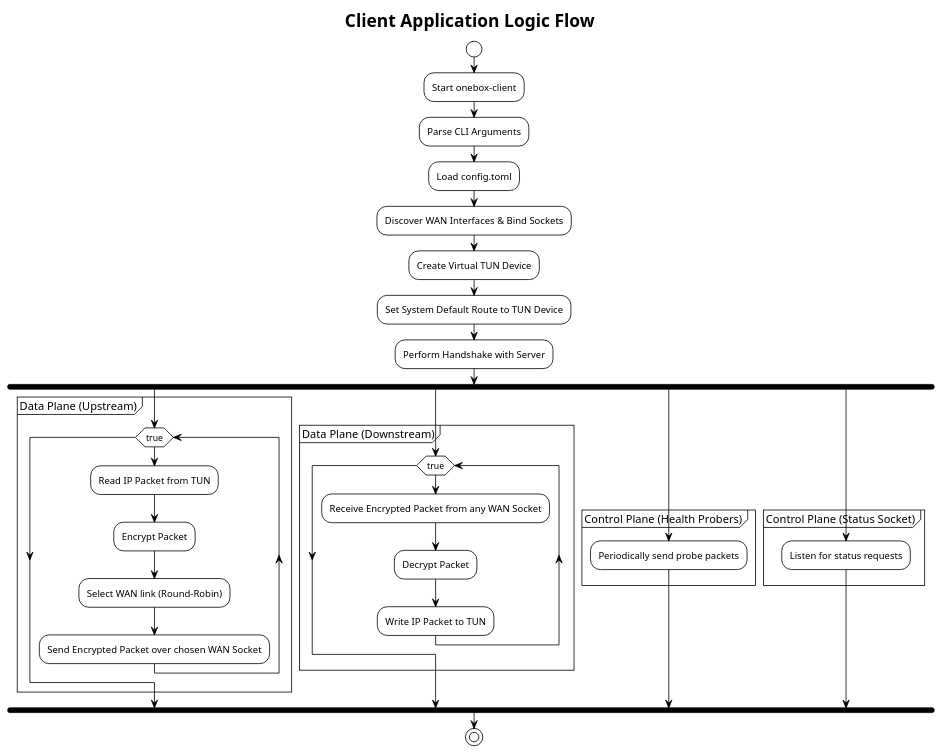
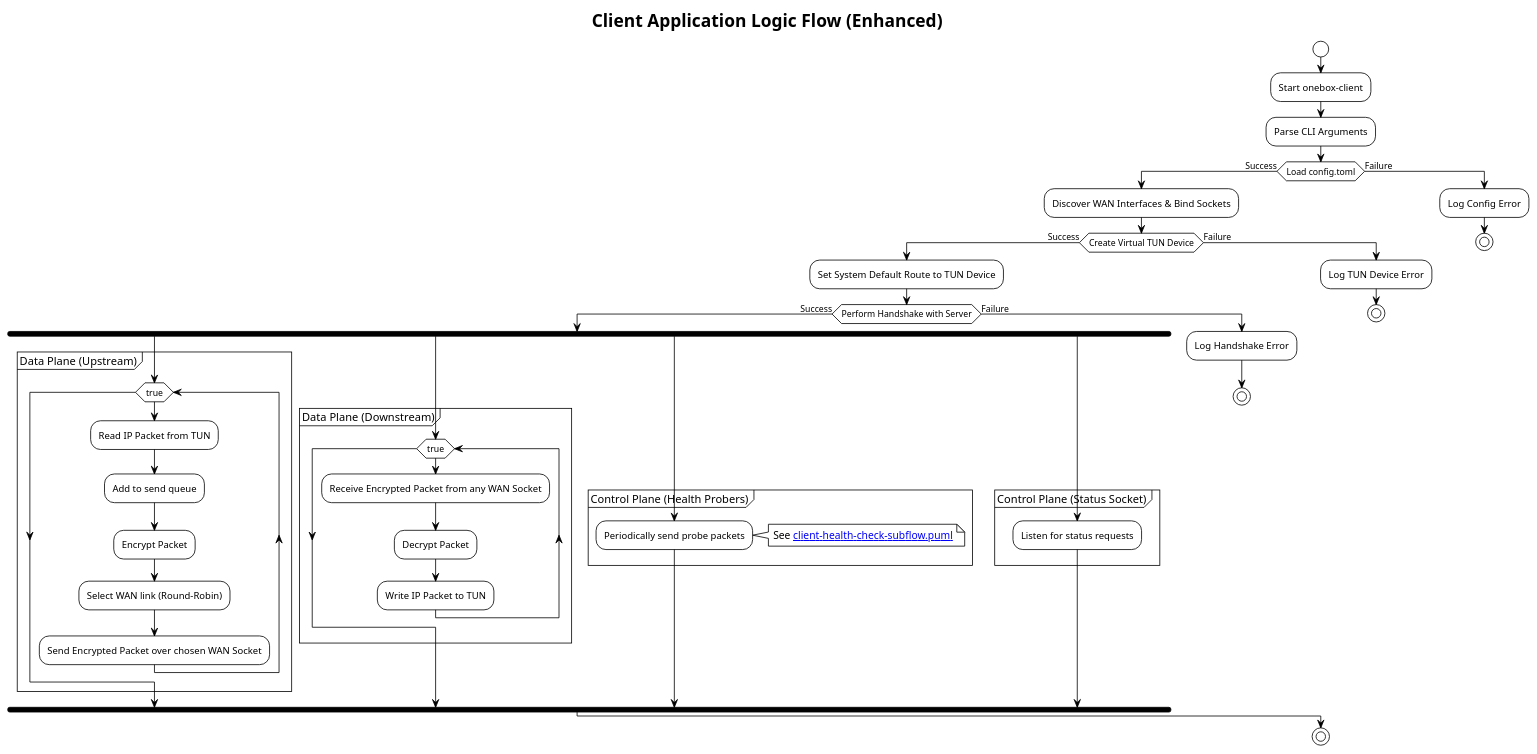
One commit to abdshomad/onebox-rs changed the third of 6 diagrams in docs/diagrams/plantuml/README.md. Above: the diagram before and after it, drawn with PlantUML. The commit also changed other lines of this file and 2 other files, not shown here.

Commit message:
Docs: Enhance PlantUML diagrams with sub-flows
This commit enhances the PlantUML diagrams in `docs/diagrams/plantuml` to make them more comprehensive and show more detailed flows and sub-flows.

The following changes were made:
- Added more detail and error handling to the main "Client Application Logic Flow" and "Server Application Logic Flow" diagrams in `README.md`.
- Created two new sub-flow diagrams:
  - `client-health-check-subflow.puml`: Details the client's health checking process.
  - `server-packet-processing-subflow.puml`: Details the server's packet processing logic.
- Updated the main flow diagrams to link to the new sub-flow diagrams.

These changes provide a more detailed and comprehensive view of the system's logic, while keeping the high-level diagrams clean and easy to read.

````diff
--- a/docs/diagrams/plantuml/README.md
+++ b/docs/diagrams/plantuml/README.md
@@ -83,46 +83,61 @@
 ```plantuml
 @startuml
 !theme plain
 
-title Client Application Logic Flow
+title Client Application Logic Flow (Enhanced)
 
 start
 :Start onebox-client;
 :Parse CLI Arguments;
-:Load config.toml;
-:Discover WAN Interfaces & Bind Sockets;
-:Create Virtual TUN Device;
-:Set System Default Route to TUN Device;
-:Perform Handshake with Server;
-
-fork
-  partition "Data Plane (Upstream)" {
-    while (true)
-      :Read IP Packet from TUN;
-      :Encrypt Packet;
-      :Select WAN link (Round-Robin);
-      :Send Encrypted Packet over chosen WAN Socket;
-    endwhile
-  }
-fork again
-  partition "Data Plane (Downstream)" {
-    while (true)
-      :Receive Encrypted Packet from any WAN Socket;
-      :Decrypt Packet;
-      :Write IP Packet to TUN;
-    endwhile
-  }
-fork again
-  partition "Control Plane (Health Probers)" {
-    :Periodically send probe packets;
-  }
-fork again
-  partition "Control Plane (Status Socket)" {
-    :Listen for status requests;
-  }
-end fork
+if (Load config.toml) then (Success)
+  :Discover WAN Interfaces & Bind Sockets;
+  if (Create Virtual TUN Device) then (Success)
+    :Set System Default Route to TUN Device;
+    if (Perform Handshake with Server) then (Success)
+      fork
+        partition "Data Plane (Upstream)" {
+          while (true)
+            :Read IP Packet from TUN;
+            :Add to send queue;
+            :Encrypt Packet;
+            :Select WAN link (Round-Robin);
+            :Send Encrypted Packet over chosen WAN Socket;
+          endwhile
+        }
+      fork again
+        partition "Data Plane (Downstream)" {
+          while (true)
+            :Receive Encrypted Packet from any WAN Socket;
+            :Decrypt Packet;
+            :Write IP Packet to TUN;
+          endwhile
+        }
+      fork again
+        partition "Control Plane (Health Probers)" {
+          :Periodically send probe packets;
+          note right
+            See [[client-health-check-subflow.puml]]
+          end note
+        }
+      fork again
+        partition "Control Plane (Status Socket)" {
+          :Listen for status requests;
+        }
+      end fork
+    else (Failure)
+      :Log Handshake Error;
+      stop
+    endif
+  else (Failure)
+    :Log TUN Device Error;
+    stop
+  endif
+else (Failure)
+  :Log Config Error;
+  stop
+endif
 
 stop
 
 @enduml
 ```
````
